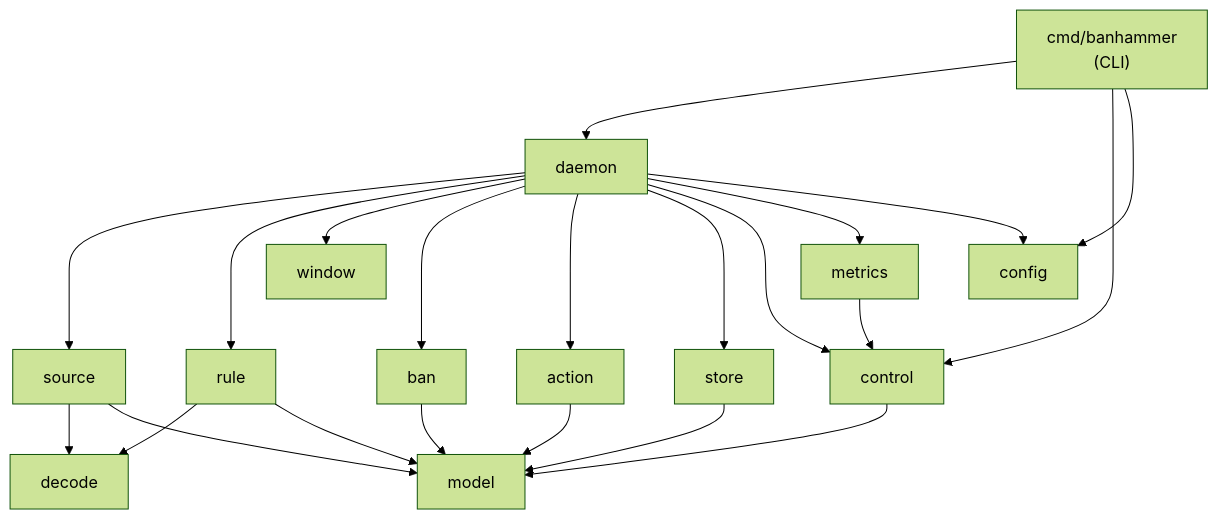
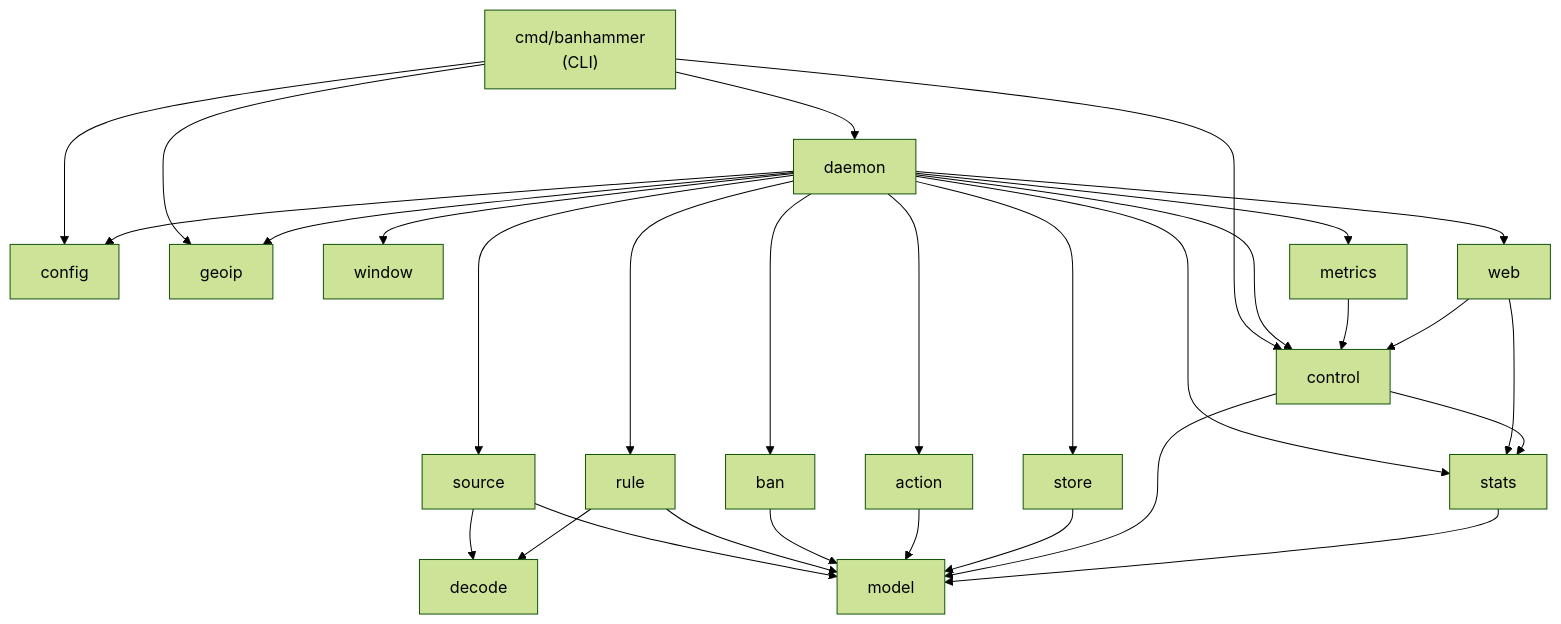
Before and after one commit to gabay/banhammer: the first of 2 diagrams in docs/ARCHITECTURE.md, drawn with Mermaid (forest theme). The commit also changed other lines of this file and 29 other files, not shown here.

````diff
--- a/docs/ARCHITECTURE.md
+++ b/docs/ARCHITECTURE.md
@@ -14,27 +14,35 @@
 ```mermaid
 flowchart TD
     cmd["cmd/banhammer<br/>(CLI)"] --> daemon
     cmd --> control
     cmd --> config
+    cmd --> geoip
 
     daemon --> source
     daemon --> rule
     daemon --> window
     daemon --> ban
     daemon --> action
     daemon --> store
     daemon --> control
     daemon --> metrics
     daemon --> config
+    daemon --> stats
+    daemon --> geoip
+    daemon --> web
 
     source --> decode
     rule --> decode
     metrics --> control
+    web --> control
+    web --> stats
+    control --> stats
 
     source --> model
     rule --> model
     ban --> model
     action --> model
     store --> model
     control --> model
+    stats --> model
 ```
````
